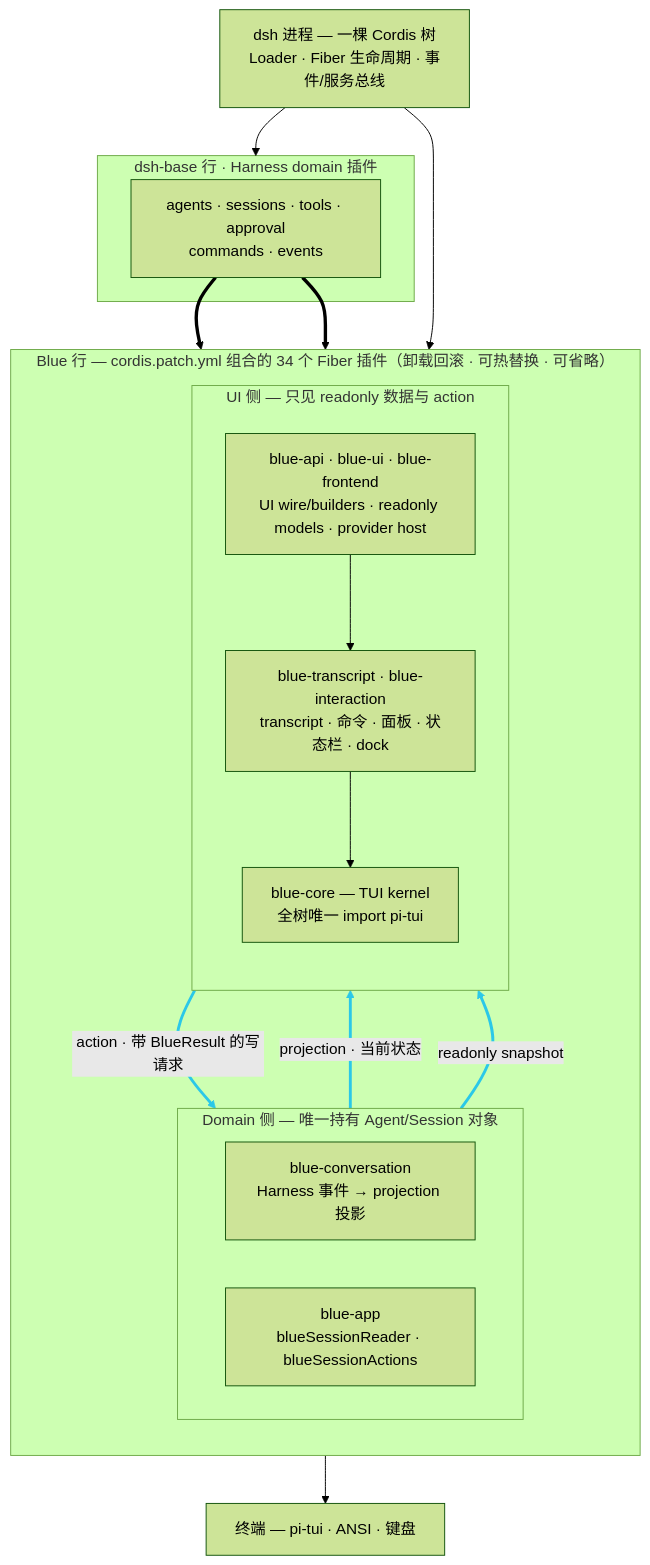
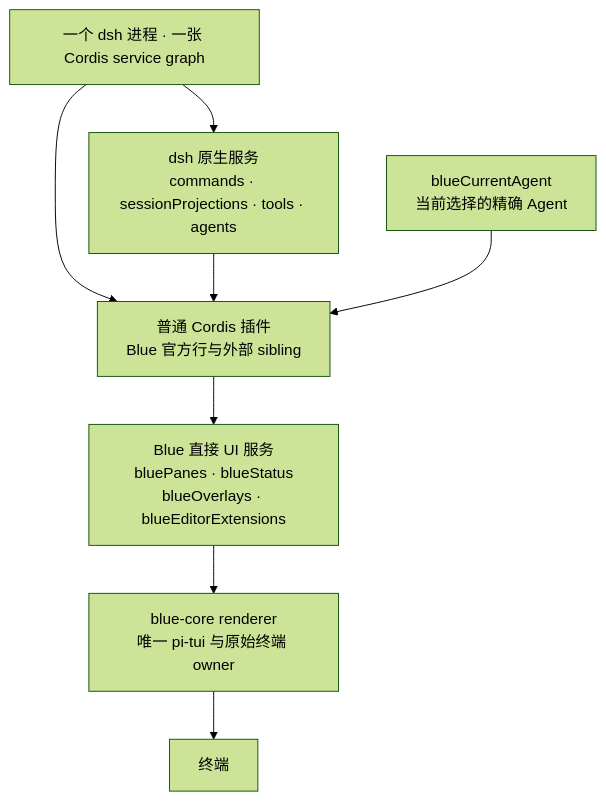
The diagram in docs/diagrams/blue-layers.zh.mmd (dsh-blue/blue), drawn with Mermaid (forest theme) before and after one commit. The commit also changed 535 other files, not shown here.

First line of the commit message:
refactor!: replace capability host with direct Cordis services

```diff
--- a/docs/diagrams/blue-layers.zh.mmd
+++ b/docs/diagrams/blue-layers.zh.mmd
@@ -1,36 +1,16 @@
 flowchart TB
-    ROOT["dsh 进程 — 一棵 Cordis 树<br/>Loader · Fiber 生命周期 · 事件/服务总线"]
+    ROOT["一个 dsh 进程 · 一张 Cordis service graph"]
+    DSH["dsh 原生服务<br/>commands · sessionProjections · tools · agents"]
+    PLUGIN["普通 Cordis 插件<br/>Blue 官方行与外部 sibling"]
+    AGENT["blueCurrentAgent<br/>当前选择的精确 Agent"]
+    UI["Blue 直接 UI 服务<br/>bluePanes · blueStatus<br/>blueOverlays · blueEditorExtensions"]
+    CORE["blue-core renderer<br/>唯一 pi-tui 与原始终端 owner"]
+    TERM["终端"]
 
-    subgraph BASE["dsh-base 行 · Harness domain 插件"]
-        HAR["agents · sessions · tools · approval<br/>commands · events"]
-    end
-
-    subgraph BLUE["Blue 行 — cordis.patch.yml 组合的 34 个 Fiber 插件（卸载回滚 · 可热替换 · 可省略）"]
-        direction TB
-        subgraph DOM["Domain 侧 — 唯一持有 Agent/Session 对象"]
-            direction LR
-            CONV["blue-conversation<br/>Harness 事件 → projection 投影"]
-            APP["blue-app<br/>blueSessionReader · blueSessionActions"]
-        end
-        subgraph UI["UI 侧 — 只见 readonly 数据与 action"]
-            direction TB
-            FE["blue-api · blue-ui · blue-frontend<br/>UI wire/builders · readonly models · provider host"]
-            ADP["blue-transcript · blue-interaction<br/>transcript · 命令 · 面板 · 状态栏 · dock"]
-            KRN["blue-core — TUI kernel<br/>全树唯一 import pi-tui"]
-            FE --> ADP
-            ADP --> KRN
-        end
-        CONV -- "projection · 当前状态" --> FE
-        APP -- "readonly snapshot" --> FE
-        UI -- "action · 带 BlueResult 的写请求" --> DOM
-    end
-
-    TERM["终端 — pi-tui · ANSI · 键盘"]
-
-    ROOT --> BASE
-    ROOT --> BLUE
-    HAR ==> CONV
-    HAR ==> APP
-    KRN --> TERM
-
-    linkStyle 2,3,4 stroke:#2bc8e8,stroke-width:3px
+    ROOT --> DSH
+    ROOT --> PLUGIN
+    DSH --> PLUGIN
+    AGENT --> PLUGIN
+    PLUGIN --> UI
+    UI --> CORE
+    CORE --> TERM
```
